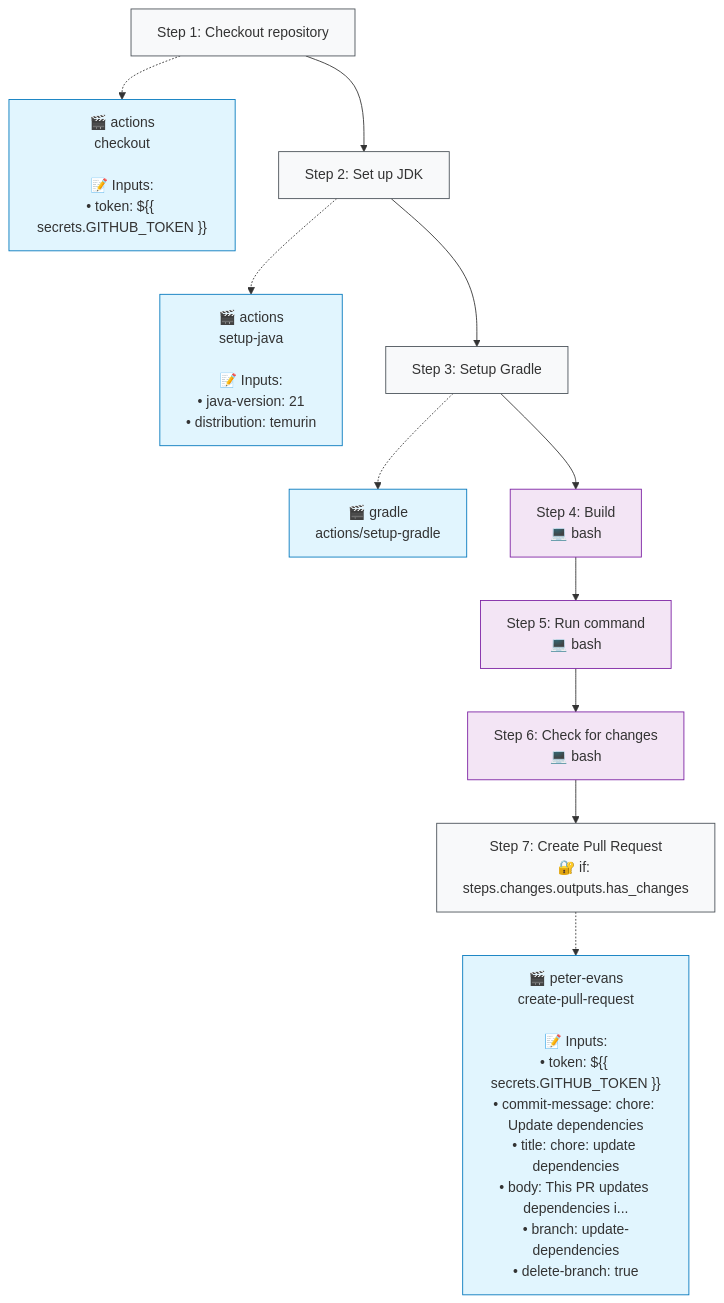
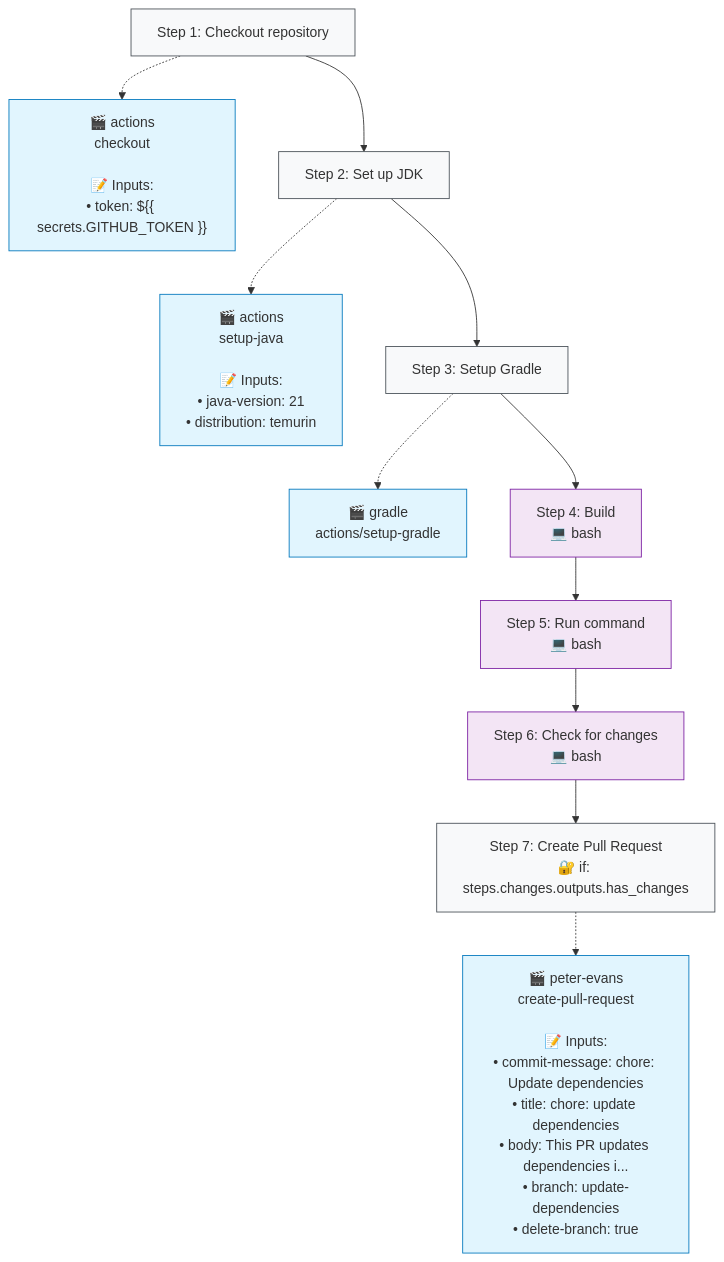
One commit to http4k/www changed the second of 2 diagrams in .github/typeflows/update-dependencies/README.md. Above: the diagram before and after it, drawn with Mermaid. The commit also changed 4 other files, not shown here.

````diff
--- a/.github/typeflows/update-dependencies/README.md
+++ b/.github/typeflows/update-dependencies/README.md
@@ -23,36 +23,36 @@
 ```mermaid
 %%{init: {"flowchart": {"curve": "basis"}}}%%
 flowchart TD
     step1["Step 1: Checkout repository"]
     style step1 fill:#f8f9fa,stroke:#495057
     action1["🎬 actions<br/>checkout<br/><br/>📝 Inputs:<br/>• token: ${{ secrets.GITHUB_TOKEN }}"]
     style action1 fill:#e1f5fe,stroke:#0277bd
     step1 -.-> action1
     step2["Step 2: Set up JDK"]
     style step2 fill:#f8f9fa,stroke:#495057
     action2["🎬 actions<br/>setup-java<br/><br/>📝 Inputs:<br/>• java-version: 21<br/>• distribution: temurin"]
     style action2 fill:#e1f5fe,stroke:#0277bd
     step2 -.-> action2
     step1 --> step2
     step3["Step 3: Setup Gradle"]
     style step3 fill:#f8f9fa,stroke:#495057
     action3["🎬 gradle<br/>actions/setup-gradle"]
     style action3 fill:#e1f5fe,stroke:#0277bd
     step3 -.-> action3
     step2 --> step3
     step4["Step 4: Build<br/>💻 bash"]
     style step4 fill:#f3e5f5,stroke:#7b1fa2
     step3 --> step4
     step5["Step 5: Run command<br/>💻 bash"]
     style step5 fill:#f3e5f5,stroke:#7b1fa2
     step4 --> step5
     step6["Step 6: Check for changes<br/>💻 bash"]
     style step6 fill:#f3e5f5,stroke:#7b1fa2
     step5 --> step6
     step7["Step 7: Create Pull Request<br/>🔐 if: steps.changes.outputs.has_changes"]
     style step7 fill:#f8f9fa,stroke:#495057
-    action7["🎬 peter-evans<br/>create-pull-request<br/><br/>📝 Inputs:<br/>• token: ${{ secrets.GITHUB_TOKEN }}<br/>• commit-message: chore: Update dependencies<br/>• title: chore: update dependencies<br/>• body: This PR updates dependencies i...<br/>• branch: update-dependencies<br/>• delete-branch: true"]
+    action7["🎬 peter-evans<br/>create-pull-request<br/><br/>📝 Inputs:<br/>• commit-message: chore: Update dependencies<br/>• title: chore: update dependencies<br/>• body: This PR updates dependencies i...<br/>• branch: update-dependencies<br/>• delete-branch: true"]
     style action7 fill:#e1f5fe,stroke:#0277bd
     step7 -.-> action7
     step6 --> step7
 ```
````
